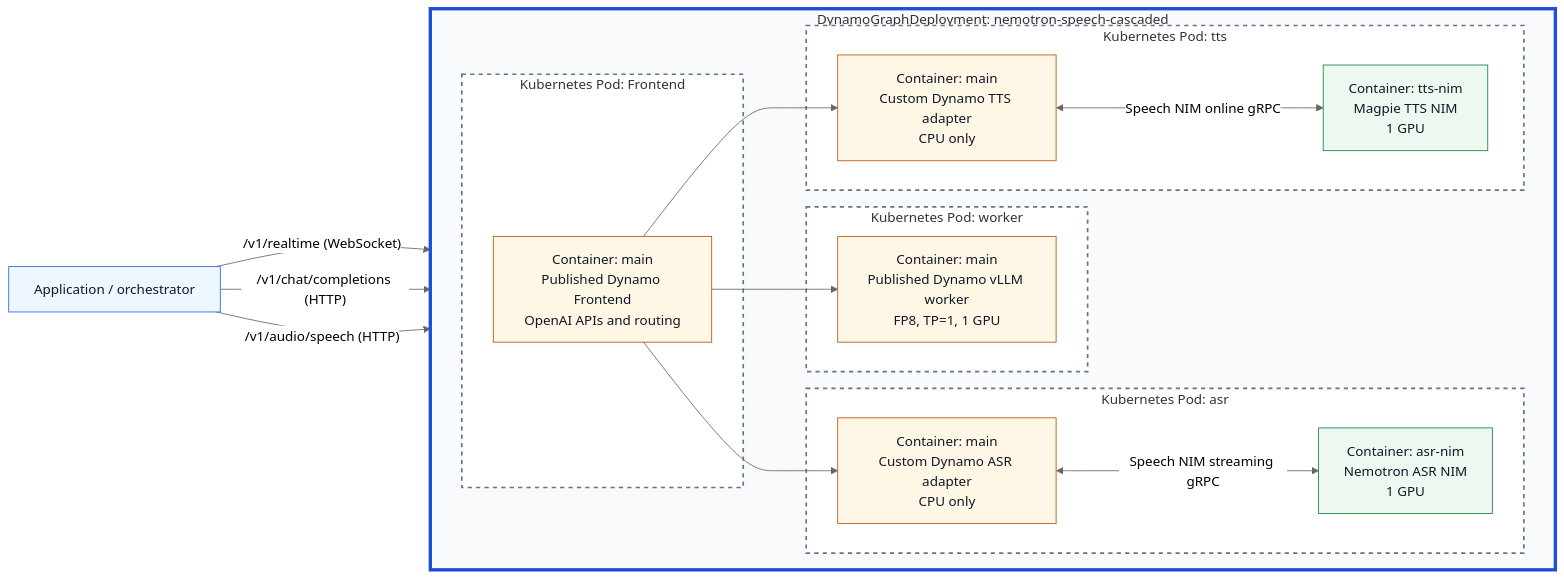
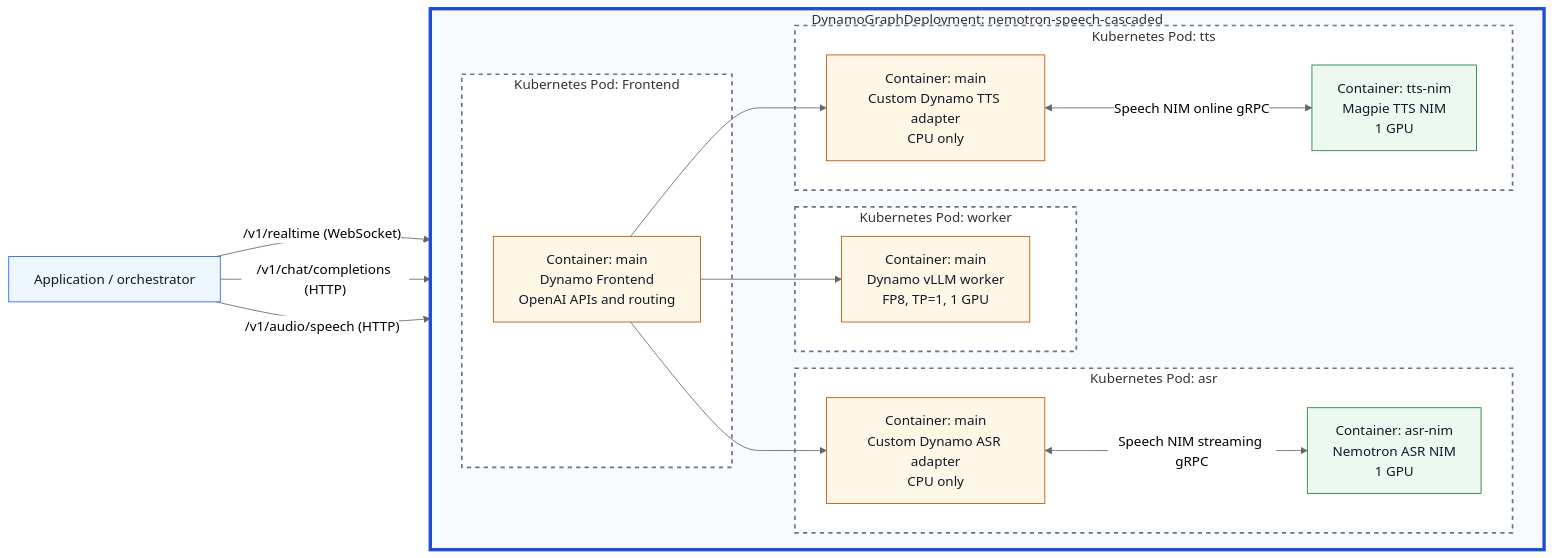
One commit to ai-dynamo/dynamo changed the diagram in examples/nemotron_speech_cascaded_pipeline/README.md. Above: the diagram before and after it, drawn with Mermaid (neutral theme). The commit also changed other lines of this file, not shown here.

````diff
--- a/examples/nemotron_speech_cascaded_pipeline/README.md
+++ b/examples/nemotron_speech_cascaded_pipeline/README.md
@@ -21,50 +32,50 @@
 ```mermaid
 flowchart LR
     Client["Application / orchestrator"]
 
     subgraph DGD["DynamoGraphDeployment: nemotron-speech-cascaded"]
         direction LR
 
         subgraph FrontendPod["Kubernetes Pod: Frontend"]
-            Frontend["Container: main<br/>Published Dynamo Frontend<br/>OpenAI APIs and routing"]
+            Frontend["Container: main<br/>Dynamo Frontend<br/>OpenAI APIs and routing"]
         end
 
         subgraph ASRPod["Kubernetes Pod: asr"]
             ASRWorker["Container: main<br/>Custom Dynamo ASR adapter<br/>CPU only"]
             ASR["Container: asr-nim<br/>Nemotron ASR NIM<br/>1 GPU"]
         end
 
         subgraph LLMPod["Kubernetes Pod: worker"]
-            LLMWorker["Container: main<br/>Published Dynamo vLLM worker<br/>FP8, TP=1, 1 GPU"]
+            LLMWorker["Container: main<br/>Dynamo vLLM worker<br/>FP8, TP=1, 1 GPU"]
         end
 
         subgraph TTSPod["Kubernetes Pod: tts"]
             TTSWorker["Container: main<br/>Custom Dynamo TTS adapter<br/>CPU only"]
             TTS["Container: tts-nim<br/>Magpie TTS NIM<br/>1 GPU"]
         end
     end
 
     Client -->|"/v1/realtime (WebSocket)"| Frontend
     Frontend --> ASRWorker
     ASRWorker <-->|"Speech NIM streaming gRPC"| ASR
 
     Client -->|"/v1/chat/completions (HTTP)"| Frontend
     Frontend --> LLMWorker
 
     Client -->|"/v1/audio/speech (HTTP)"| Frontend
     Frontend --> TTSWorker
     TTSWorker <-->|"Speech NIM online gRPC"| TTS
 
     classDef client fill:#eef6ff,stroke:#2563eb,color:#111827
     classDef dynamo fill:#fff7e6,stroke:#b45309,color:#111827
     classDef nim fill:#edf9f0,stroke:#15803d,color:#111827
     class Client client
     class Frontend,ASRWorker,LLMWorker,TTSWorker dynamo
     class ASR,TTS nim
 
     style DGD fill:#f8fafc,stroke:#1d4ed8,stroke-width:4px
     style FrontendPod fill:#ffffff,stroke:#64748b,stroke-width:2px,stroke-dasharray:5 5
     style ASRPod fill:#ffffff,stroke:#64748b,stroke-width:2px,stroke-dasharray:5 5
     style LLMPod fill:#ffffff,stroke:#64748b,stroke-width:2px,stroke-dasharray:5 5
     style TTSPod fill:#ffffff,stroke:#64748b,stroke-width:2px,stroke-dasharray:5 5
 ```
````
